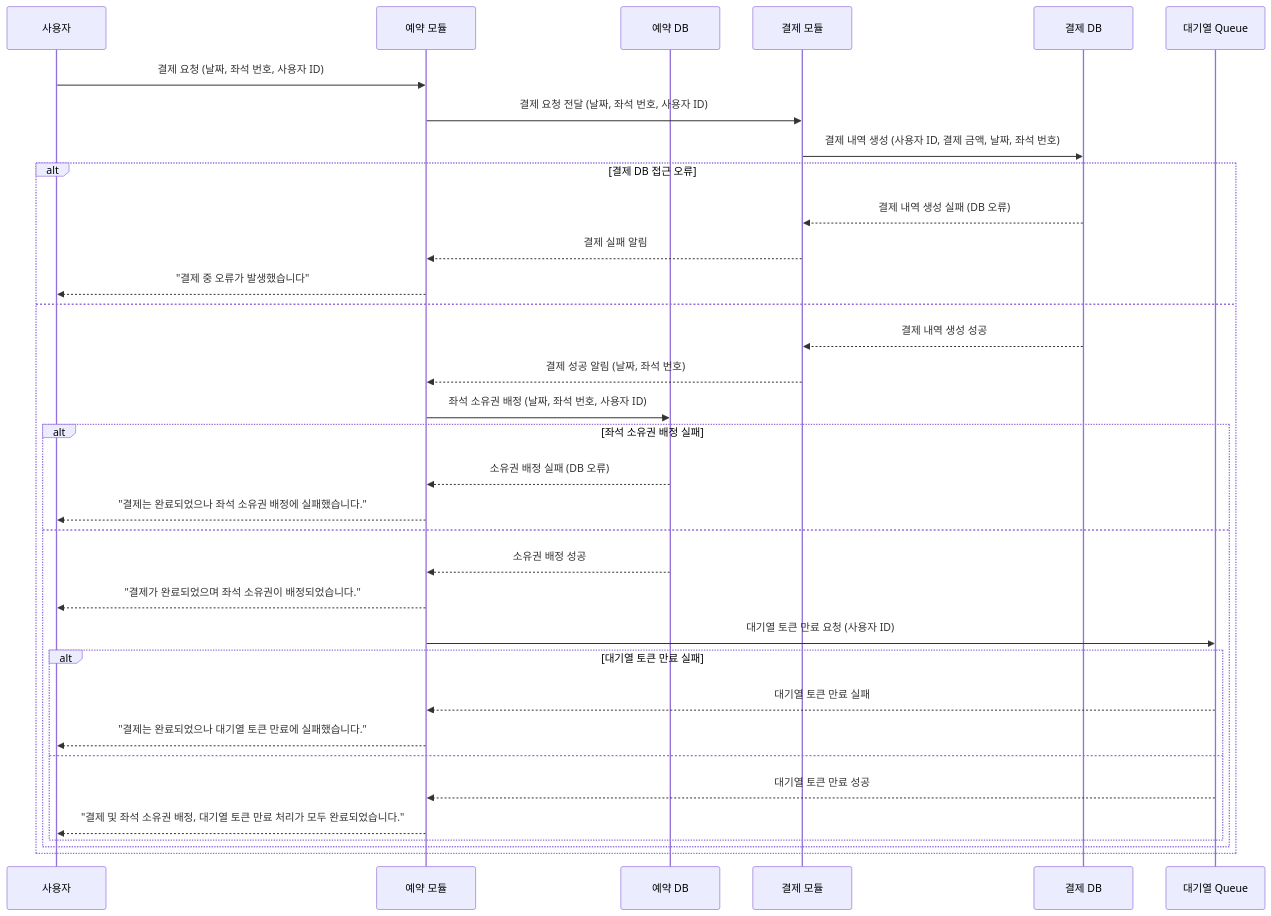
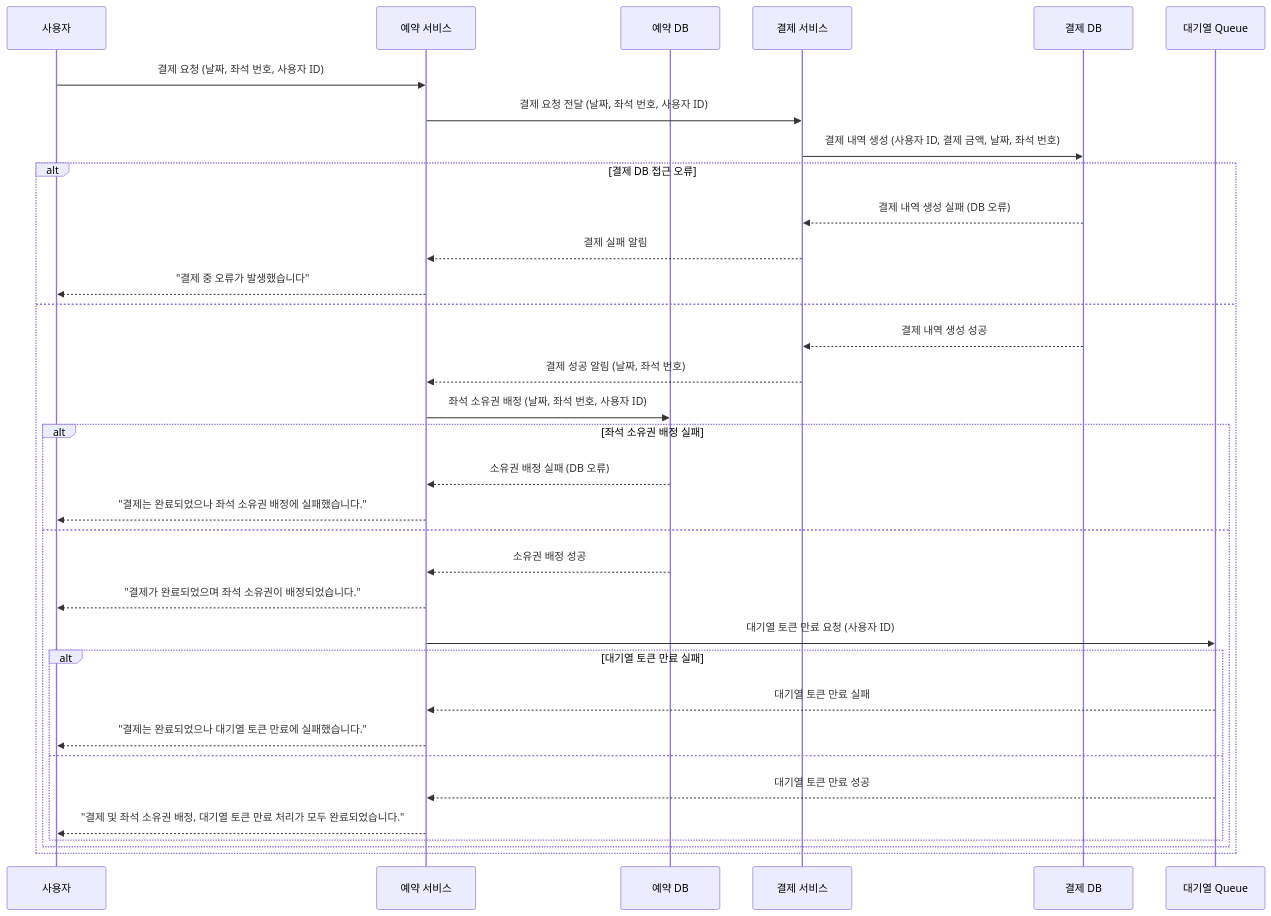
Before and after one commit to SooLee99/hhplus-concert-reservation-service: the seventh of 14 diagrams in README.md, drawn with Mermaid. The commit also changed other lines of this file, not shown here.

````diff
--- a/README.md
+++ b/README.md
@@ -314,47 +314,47 @@
 ```mermaid
   sequenceDiagram
     participant User as 사용자
-    participant ReservationServer as 예약 모듈
+    participant ReservationServer as 예약 서비스
     participant ReservationDB as 예약 DB
-    participant PaymentServer as 결제 모듈
+    participant PaymentServer as 결제 서비스
     participant PaymentDB as 결제 DB
     participant QueueSystem as 대기열 Queue
     
     %% 1️⃣ 사용자 결제 요청 시나리오
     User->>ReservationServer: 결제 요청 (날짜, 좌석 번호, 사용자 ID)
     ReservationServer->>PaymentServer: 결제 요청 전달 (날짜, 좌석 번호, 사용자 ID)
     
     %% 2️⃣ 결제 처리 및 결제 내역 생성
     PaymentServer->>PaymentDB: 결제 내역 생성 (사용자 ID, 결제 금액, 날짜, 좌석 번호)
     
     alt 결제 DB 접근 오류
         PaymentDB-->>PaymentServer: 결제 내역 생성 실패 (DB 오류)
         PaymentServer-->>ReservationServer: 결제 실패 알림
         ReservationServer-->>User: "결제 중 오류가 발생했습니다"
     else
         PaymentDB-->>PaymentServer: 결제 내역 생성 성공
         PaymentServer-->>ReservationServer: 결제 성공 알림 (날짜, 좌석 번호)
 
         %% 3️⃣ 좌석 소유권 배정 처리
         ReservationServer->>ReservationDB: 좌석 소유권 배정 (날짜, 좌석 번호, 사용자 ID)
         
         alt 좌석 소유권 배정 실패
             ReservationDB-->>ReservationServer: 소유권 배정 실패 (DB 오류)
             ReservationServer-->>User: "결제는 완료되었으나 좌석 소유권 배정에 실패했습니다."
         else 
             ReservationDB-->>ReservationServer: 소유권 배정 성공
             ReservationServer-->>User: "결제가 완료되었으며 좌석 소유권이 배정되었습니다."
 
             %% 4️⃣ 대기열 토큰 만료 처리
             ReservationServer->>QueueSystem: 대기열 토큰 만료 요청 (사용자 ID)
             
             alt 대기열 토큰 만료 실패
                 QueueSystem-->>ReservationServer: 대기열 토큰 만료 실패
                 ReservationServer-->>User: "결제는 완료되었으나 대기열 토큰 만료에 실패했습니다."
             else
                 QueueSystem-->>ReservationServer: 대기열 토큰 만료 성공
                 ReservationServer-->>User: "결제 및 좌석 소유권 배정, 대기열 토큰 만료 처리가 모두 완료되었습니다."
             end
         end
     end
 ```
````
